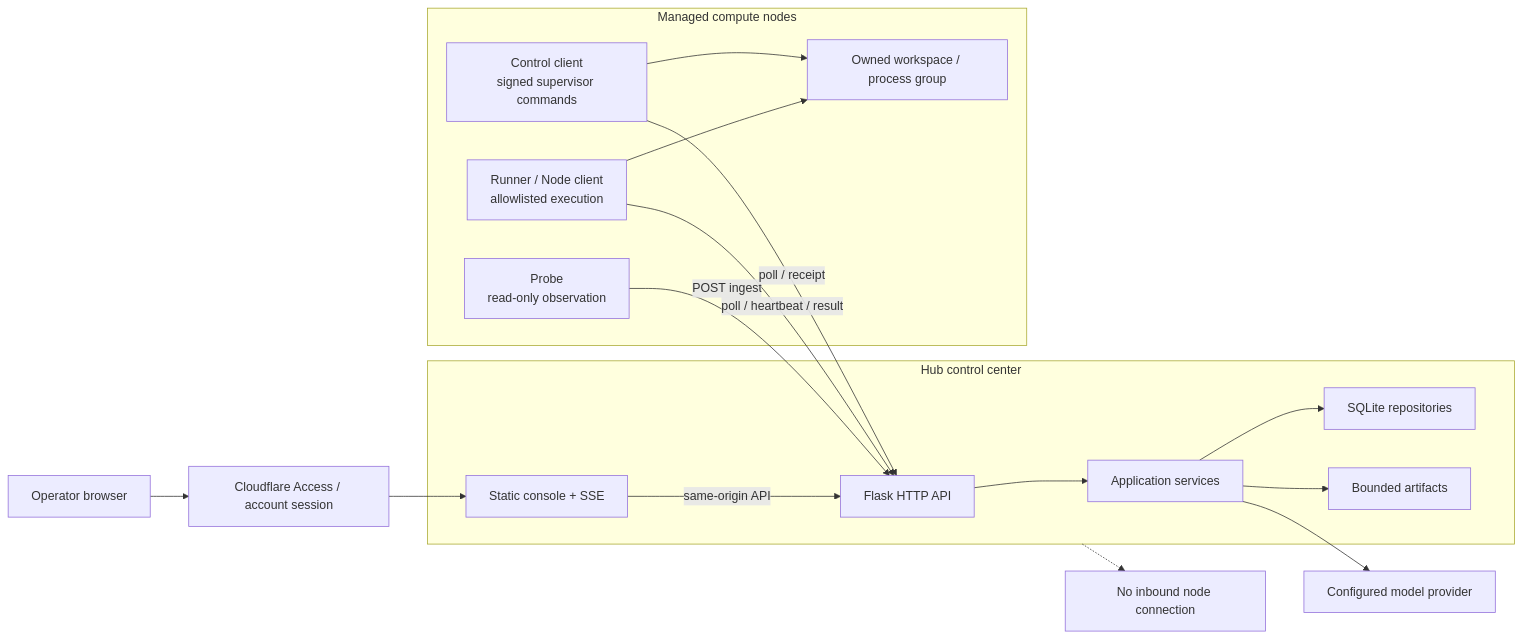
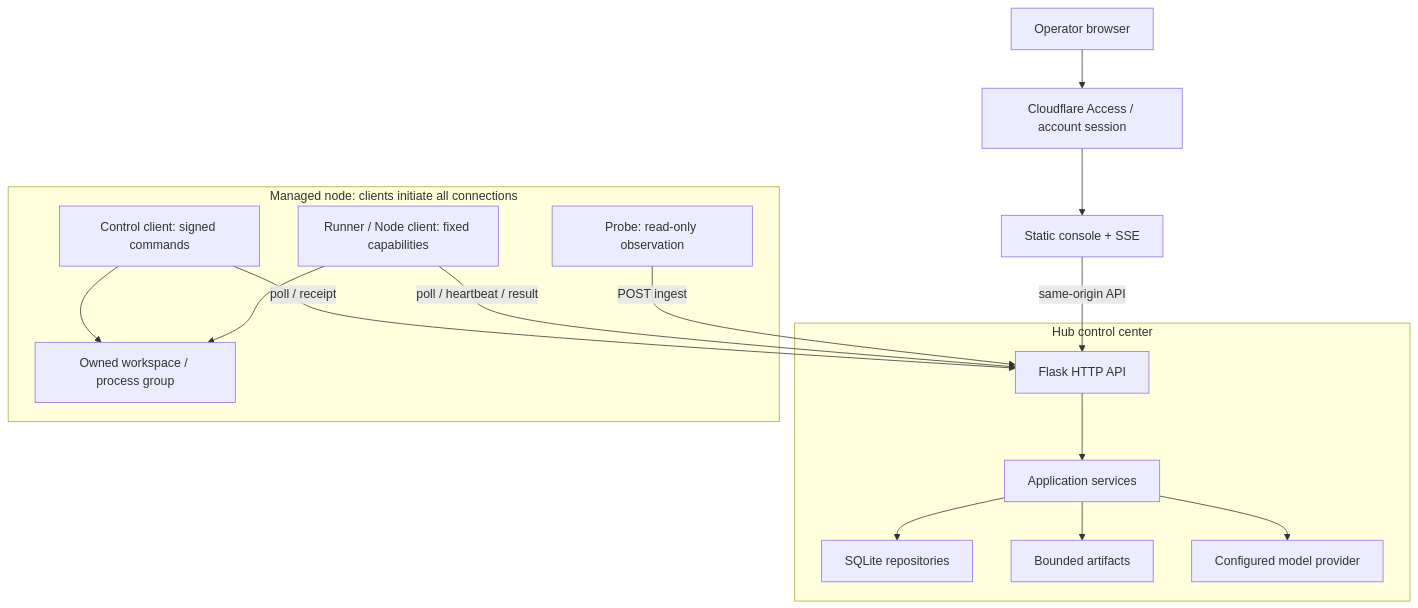
One commit to dengyie/agent-fleet changed the first of 6 diagrams in docs/visual-architecture.md. Above: the diagram before and after it, drawn with Mermaid. The commit also changed other lines of this file and 39 other files, not shown here.

Commit message:
docs: publish visual architecture and evidence

````diff
--- a/docs/visual-architecture.md
+++ b/docs/visual-architecture.md
@@ -12,32 +19,22 @@
 ```mermaid
-flowchart LR
+flowchart TB
     Operator["Operator browser"] --> Access["Cloudflare Access / account session"]
-
+    Access --> UI["Static console + SSE"]
+    UI -- "same-origin API" --> API["Flask HTTP API"]
     subgraph Hub["Hub control center"]
-        API["Flask HTTP API"]
-        App["Application services"]
-        Repos["SQLite repositories"]
-        UI["Static console + SSE"]
-        Artifacts["Bounded artifacts"]
-        API --> App --> Repos
-        App --> Artifacts
-        UI -- "same-origin API" --> API
+        API --> App["Application services"]
+        App --> Repos["SQLite repositories"]
+        App --> Artifacts["Bounded artifacts"]
+        App --> Provider["Configured model provider"]
     end
-
-    subgraph Nodes["Managed compute nodes"]
-        Probe["Probe<br/>read-only observation"]
-        Runner["Runner / Node client<br/>allowlisted execution"]
-        Control["Control client<br/>signed supervisor commands"]
-        Workspace["Owned workspace / process group"]
-        Runner --> Workspace
+    subgraph Nodes["Managed node: clients initiate all connections"]
+        Probe["Probe: read-only observation"]
+        Runner["Runner / Node client: fixed capabilities"]
+        Control["Control client: signed commands"]
+        Runner --> Workspace["Owned workspace / process group"]
         Control --> Workspace
     end
-
     Probe -- "POST ingest" --> API
     Runner -- "poll / heartbeat / result" --> API
     Control -- "poll / receipt" --> API
-    Access --> UI
-    App --> Provider["Configured model provider"]
-
-    Hub -.-> Boundary["No inbound node connection"]
 ```
````
